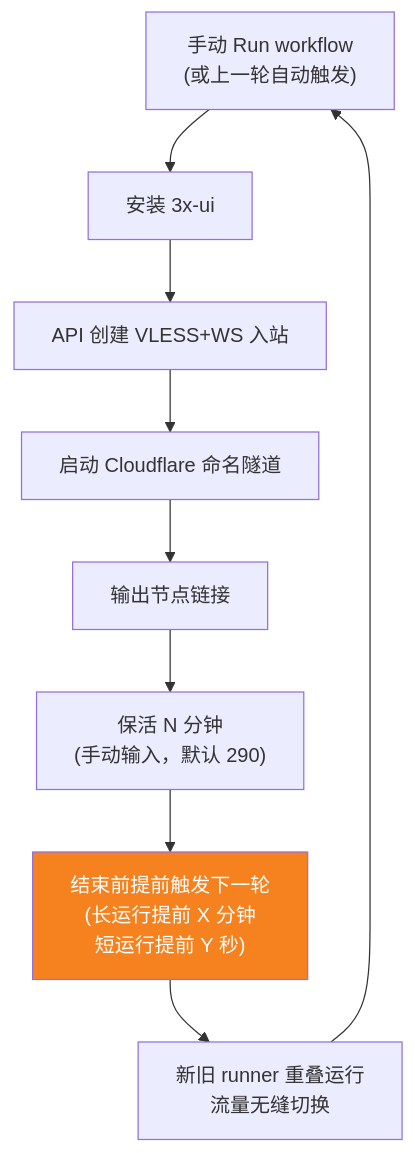
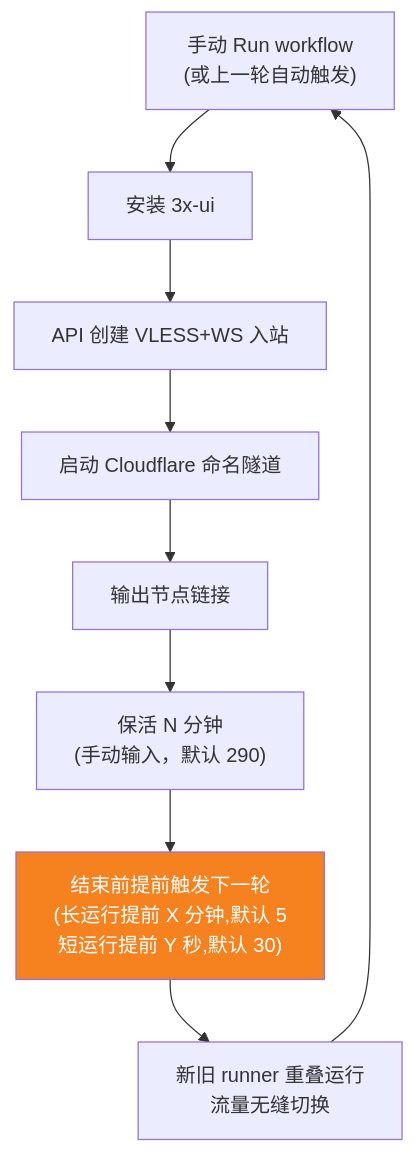
Before and after one commit to 1246437945/cloud-3xui: the second of 3 diagrams in README.md, drawn with Mermaid.

Commit message:
docs: flowchart keep defaults

````diff
--- a/README.md
+++ b/README.md
@@ -30,13 +30,13 @@
 ```mermaid
 flowchart TD
     A["手动 Run workflow\n(或上一轮自动触发)"] --> B["安装 3x-ui"]
     B --> C["API 创建 VLESS+WS 入站"]
     C --> D["启动 Cloudflare 命名隧道"]
     D --> E["输出节点链接"]
     E --> F["保活 N 分钟<br/>(手动输入，默认 290)"]
-    F --> G["结束前提前触发下一轮<br/>(长运行提前 X 分钟<br/>短运行提前 Y 秒)"]
+    F --> G["结束前提前触发下一轮<br/>(长运行提前 X 分钟,默认 5<br/>短运行提前 Y 秒,默认 30)"]
     G --> H["新旧 runner 重叠运行<br/>流量无缝切换"]
     H --> A
 
     style G fill:#f6821f,color:#fff
 ```
````
